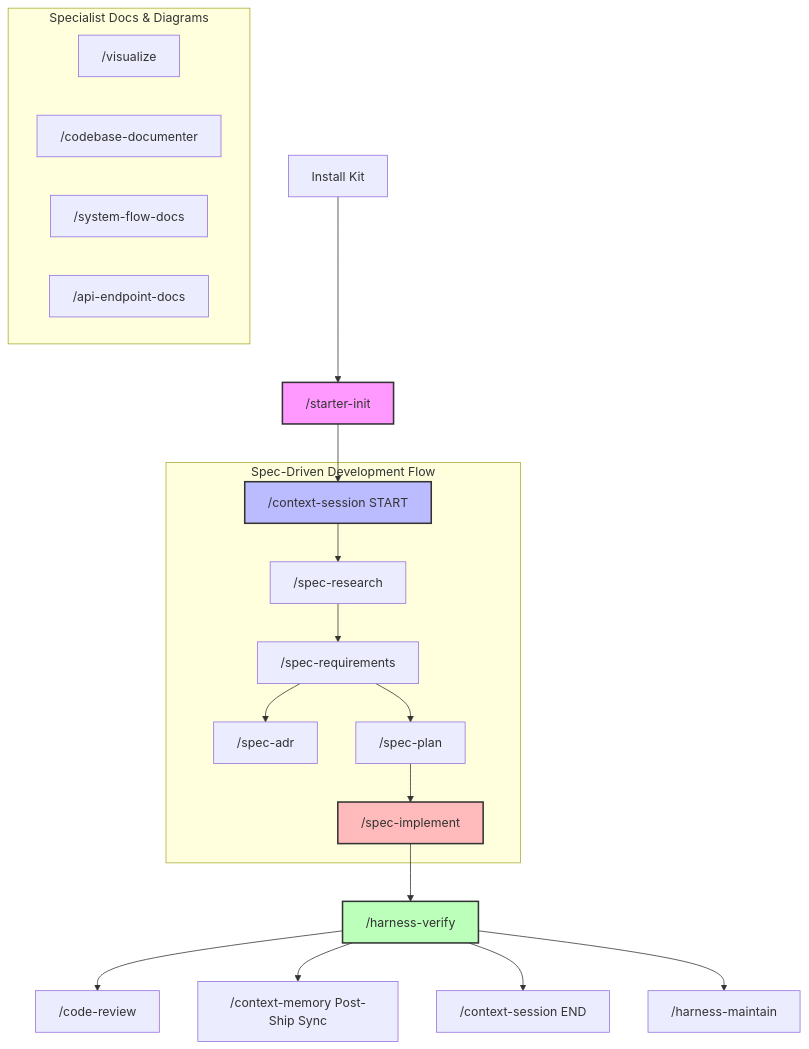
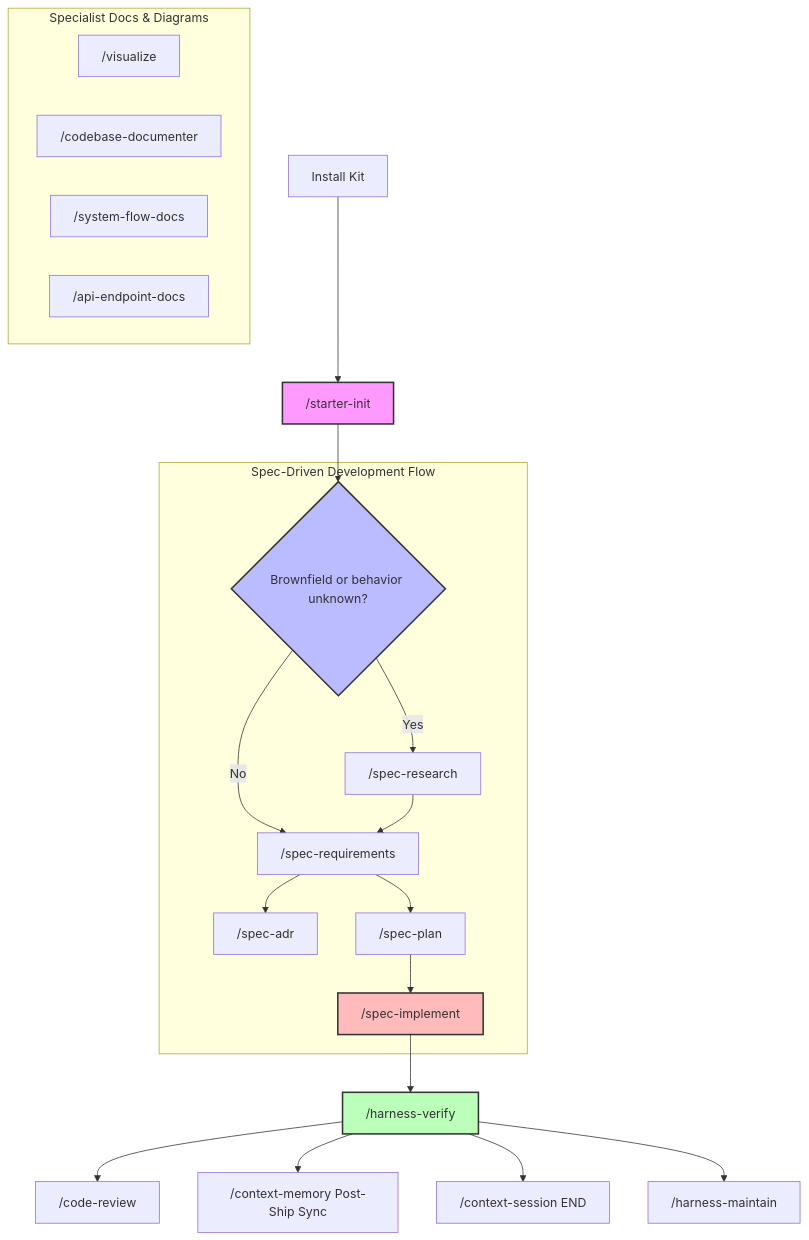
One commit to thaihai-swe/CoreZero-Nexus changed the diagram in documents/end-to-end-tutorial.md. Above: the diagram before and after it, drawn with Mermaid. The commit also changed other lines of this file and 35 other files, not shown here.

````diff
--- a/documents/end-to-end-tutorial.md
+++ b/documents/end-to-end-tutorial.md
@@ -9,32 +9,33 @@
 ```mermaid
 graph TD
     A[Install Kit] --> B["/starter-init"]
-    B --> C["/context-session START"]
+    B --> C{"Brownfield or behavior unknown?"}
 
     subgraph SDD [Spec-Driven Development Flow]
-        C --> D["/spec-research"]
+        C -->|Yes| D["/spec-research"]
+        C -->|No| E["/spec-requirements"]
         D --> E["/spec-requirements"]
         E --> F["/spec-adr"]
         E --> G["/spec-plan"]
         G --> H["/spec-implement"]
     end
 
     subgraph Specialist Docs & Diagrams
         I["/visualize"]
         J["/codebase-documenter"]
         K["/system-flow-docs"]
         L["/api-endpoint-docs"]
     end
 
     H --> M["/harness-verify"]
     M --> N["/code-review"]
     M --> O["/context-memory Post-Ship Sync"]
     M --> P["/context-session END"]
 
     M --> Q["/harness-maintain"]
 
     style B fill:#f9f,stroke:#333,stroke-width:2px
     style C fill:#bbf,stroke:#333,stroke-width:2px
     style H fill:#fbb,stroke:#333,stroke-width:2px
     style M fill:#bfb,stroke:#333,stroke-width:2px
 ```
````
